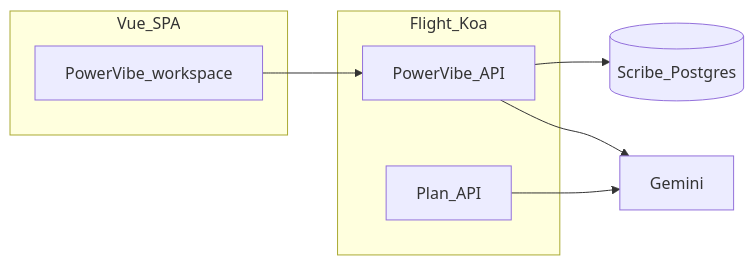
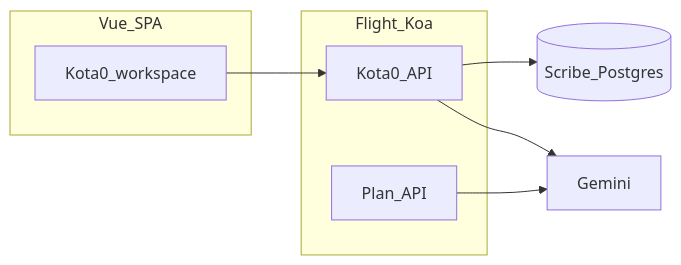
The fourth of 4 diagrams in README.md (thoughtpivot/kota0), drawn with Mermaid before and after one commit. The commit also changed other lines of this file and 255 other files, not shown here.

First line of the commit message:
refactor(kota0): rename PowerVibe references to Kota0 and update environment configurations

````diff
--- a/README.md
+++ b/README.md
@@ -251,16 +251,16 @@
 ```mermaid
 flowchart LR
   subgraph ui [Vue_SPA]
-    Workspace[PowerVibe_workspace]
+    Workspace[Kota0_workspace]
   end
   subgraph runtime [Flight_Koa]
-    PowervibeAPI[PowerVibe_API]
+    Kota0API[Kota0_API]
     PlanAPI[Plan_API]
   end
   Scribe[(Scribe_Postgres)]
   Gemini[Gemini]
-  Workspace --> PowervibeAPI
-  PowervibeAPI --> Scribe
-  PowervibeAPI --> Gemini
+  Workspace --> Kota0API
+  Kota0API --> Scribe
+  Kota0API --> Gemini
   PlanAPI --> Gemini
 ```
````
